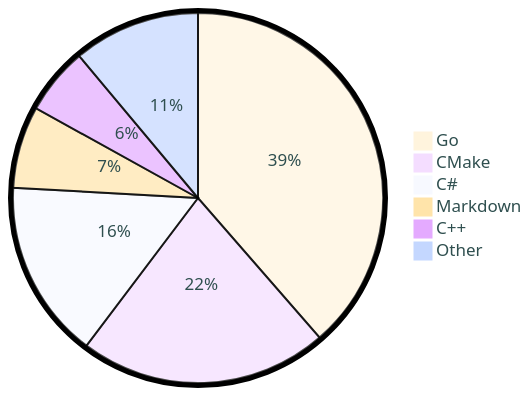
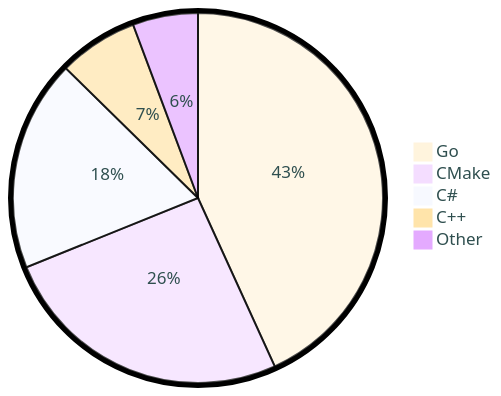
Before and after one commit to tot0p/tot0p: the diagram in README.md, drawn with Mermaid. The commit also changed other lines of this file, not shown here.

````diff
--- a/README.md
+++ b/README.md
@@ -85,10 +82,9 @@
 ```mermaid
 %%{init: {"pie": {"textPosition": 0.5}, "themeVariables": {"pieOuterStrokeWidth": "5px","primaryTextColor" : "#2F4F4F"},"theme":"base"} }%%
 pie
-	"Go": 38.6
-	"CMake": 21.7
-	"C#": 15.59
-	"Markdown": 7.17
-	"C++": 5.86
-	"Other": 11.09
+	"Go": 43.18
+	"CMake": 25.69
+	"C#": 18.46
+	"C++": 6.94
+	"Other": 5.699999999999999
 ```
````
